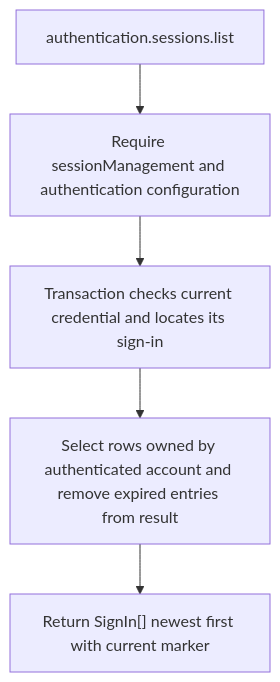
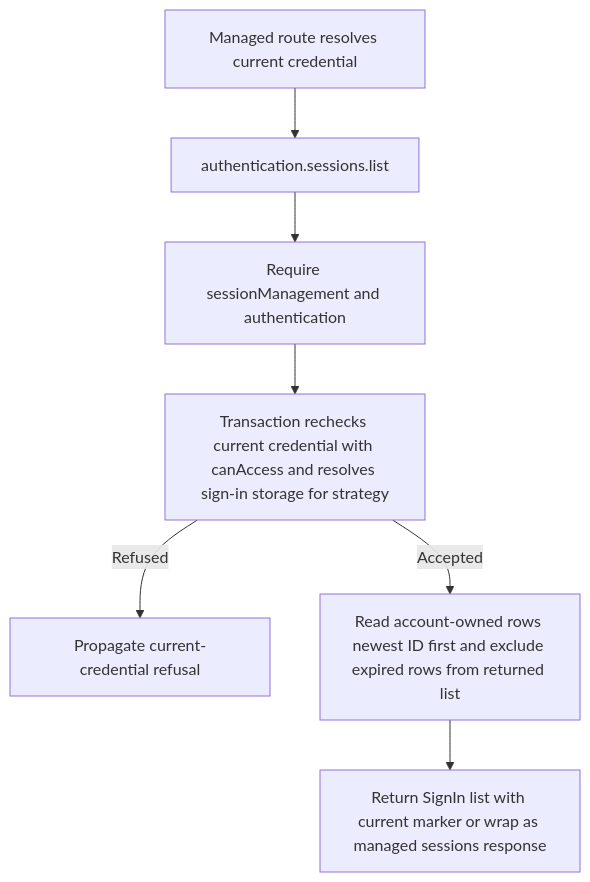
One commit to Kevinjohn/oss-adonisjs-account-kit changed the second of 2 diagrams in user-stories/US-ACCOUNT-14-list-signed-in-devices.md. Above: the diagram before and after it, drawn with Mermaid. The commit also changed other lines of this file and 70 other files, not shown here.

````diff
--- a/user-stories/US-ACCOUNT-14-list-signed-in-devices.md
+++ b/user-stories/US-ACCOUNT-14-list-signed-in-devices.md
@@ -29,7 +28,9 @@
 ```mermaid
 flowchart TD
- A["authentication.sessions.list"] --> B["Require sessionManagement and authentication configuration"]
- B --> C["Transaction checks current credential and locates its sign-in"]
- C --> D["Select rows owned by authenticated account and remove expired entries from result"]
- D --> E["Return SignIn[] newest first with current marker"]
+  M["Managed route resolves current credential"] --> A["authentication.sessions.list"]
+  A --> B["Require sessionManagement and authentication"]
+  B --> C["Transaction rechecks current credential with canAccess and resolves sign-in storage for strategy"]
+  C -->|Refused| X["Propagate current-credential refusal"]
+  C -->|Accepted| D["Read account-owned rows newest ID first and exclude expired rows from returned list"]
+  D --> E["Return SignIn list with current marker or wrap as managed sessions response"]
 ```
````
